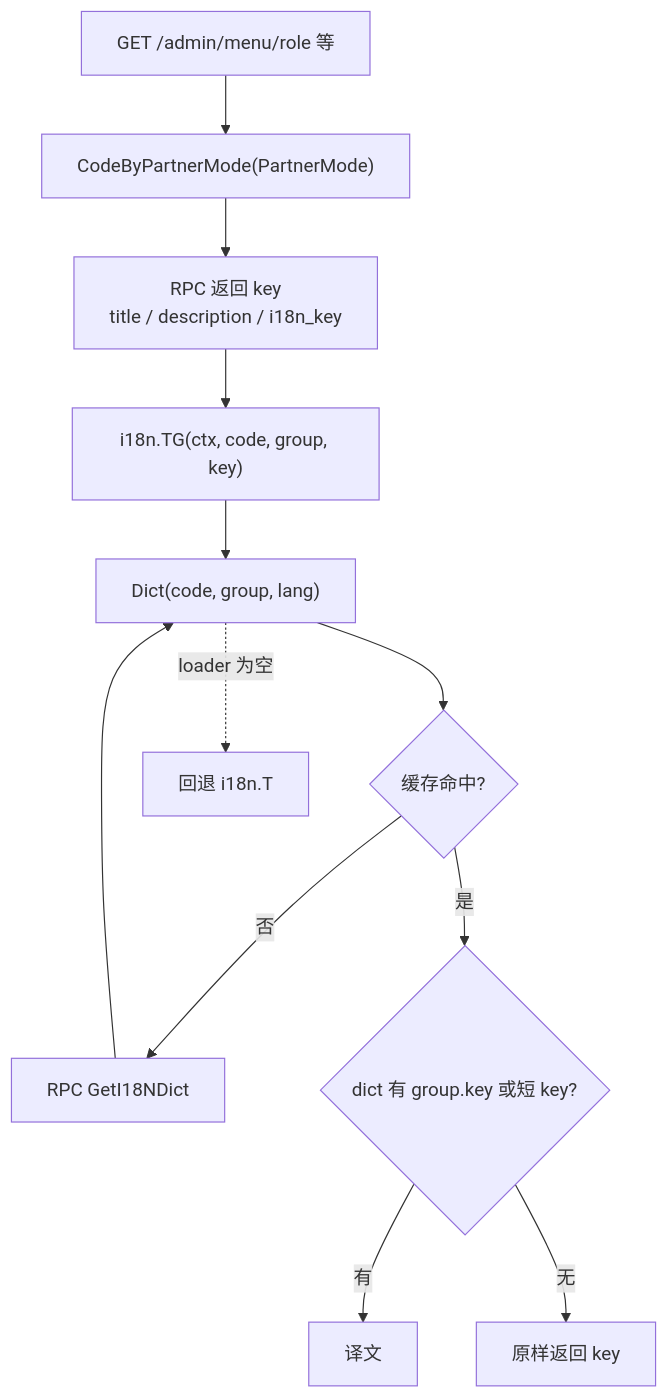
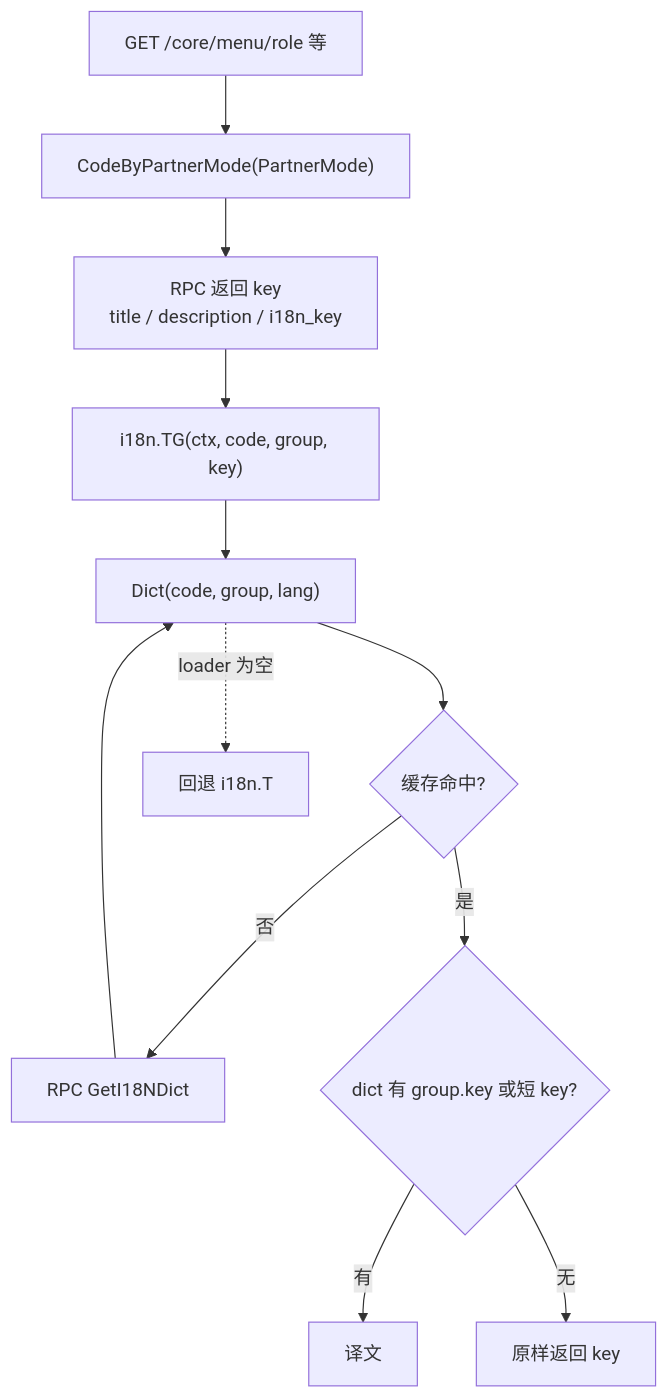
Before and after one commit to ns9ryan/p9-mirror: the fourth of 7 diagrams in core/docs/i18n.md, drawn with Mermaid. The commit also changed other lines of this file and 98 other files, not shown here.

````diff
--- a/core/docs/i18n.md
+++ b/core/docs/i18n.md
@@ -106,22 +106,22 @@
 ```mermaid
 flowchart TB
-  Req["GET /admin/menu/role 等"]
+  Req["GET /core/menu/role 等"]
   Code["CodeByPartnerMode(PartnerMode)"]
   RPC["RPC 返回 key<br/>title / description / i18n_key"]
   TG["i18n.TG(ctx, code, group, key)"]
   Dict["Dict(code, group, lang)"]
   Hit{"缓存命中?"}
   Load["RPC GetI18NDict"]
   Look{"dict 有 group.key 或短 key?"}
   Out["译文"]
   Raw["原样返回 key"]
   Fallback["回退 i18n.T"]
 
   Req --> Code --> RPC --> TG --> Dict
   Dict --> Hit
   Hit -->|否| Load --> Dict
   Hit -->|是| Look
   Look -->|有| Out
   Look -->|无| Raw
   Dict -.->|loader 为空| Fallback
 ```
````
